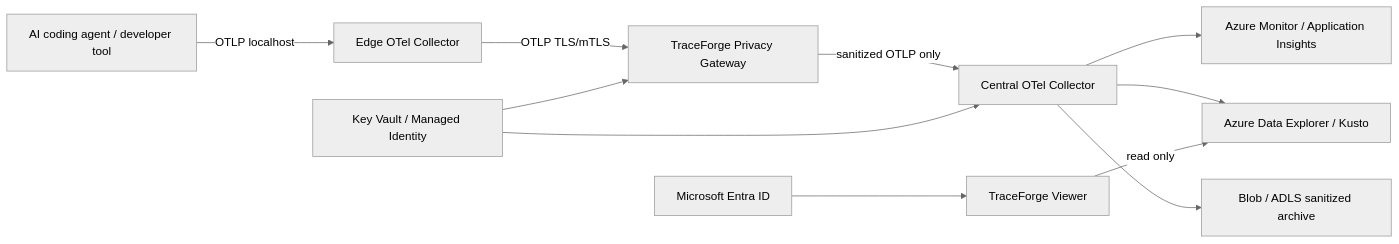
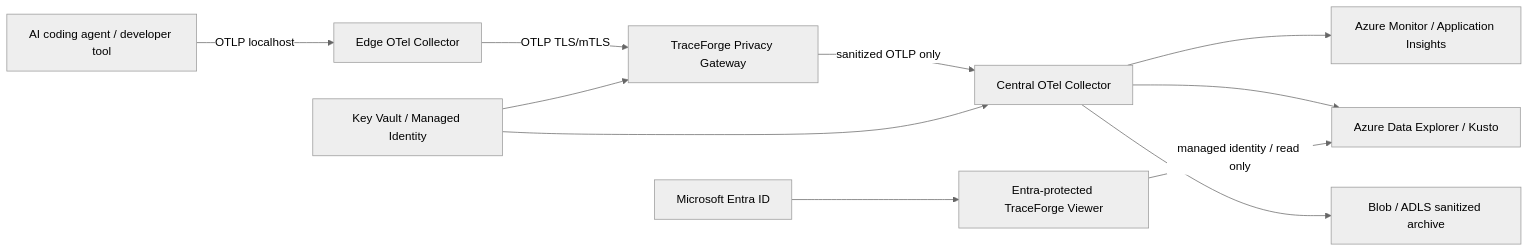
Before and after one commit to mkarson1997/karzoun-traceforge: the diagram in docs/architecture.md, drawn with Mermaid (neutral theme). The commit also changed other lines of this file, not shown here.

Commit message:
docs: align architecture with protected ADX viewer

````diff
--- a/docs/architecture.md
+++ b/docs/architecture.md
@@ -17,13 +17,13 @@
 ```mermaid
 flowchart LR
   A[AI coding agent / developer tool] -->|OTLP localhost| B[Edge OTel Collector]
   B -->|OTLP TLS/mTLS| C[TraceForge Privacy Gateway]
   C -->|sanitized OTLP only| D[Central OTel Collector]
   D --> E[Azure Monitor / Application Insights]
   D --> F[Azure Data Explorer / Kusto]
   D --> G[Blob / ADLS sanitized archive]
-  H[TraceForge Viewer] -->|read only| F
+  H[Entra-protected TraceForge Viewer] -->|managed identity / read only| F
   I[Microsoft Entra ID] --> H
   J[Key Vault / Managed Identity] --> C
   J --> D
 ```
````
